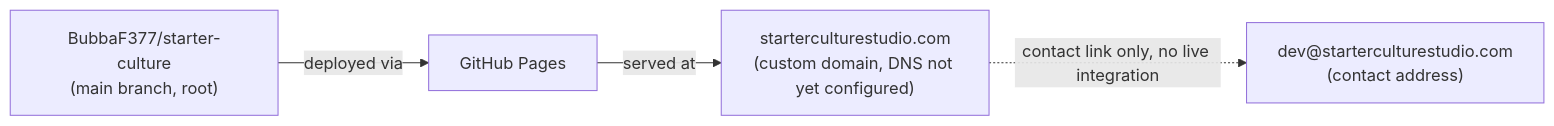
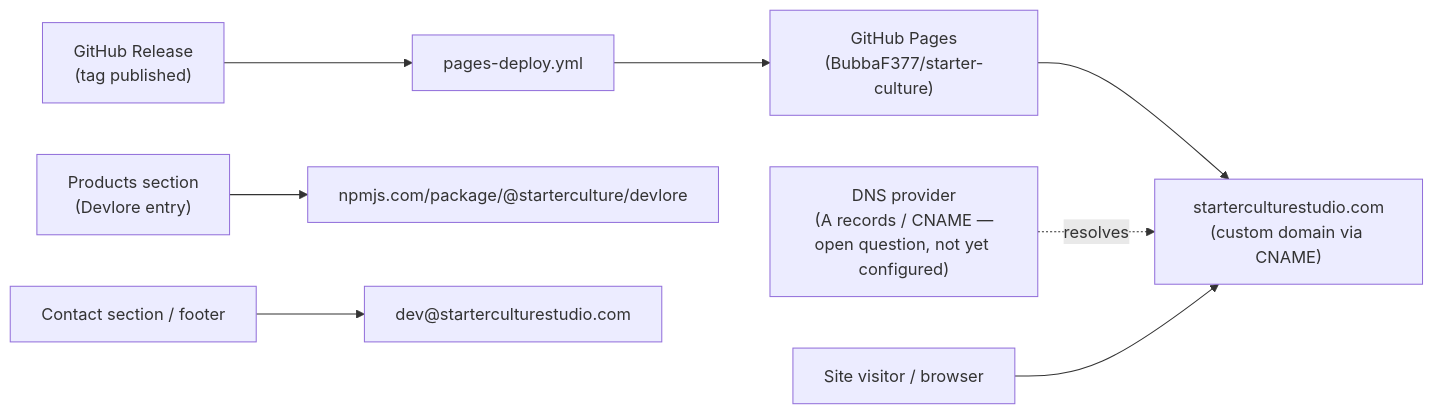
One commit to BubbaF377/starter-culture changed the second of 3 diagrams in docs/VISUALIZER.md. Above: the diagram before and after it, drawn with Mermaid. The commit also changed other lines of this file, not shown here.

Commit message:
Update visualizer (requirements changed): starter-culture

````diff
--- a/docs/VISUALIZER.md
+++ b/docs/VISUALIZER.md
@@ -34,11 +45,12 @@
 ```mermaid
-graph LR
-    Repo["BubbaF377/starter-culture<br/>(main branch, root)"]
-    Pages["GitHub Pages"]
-    Domain["starterculturestudio.com<br/>(custom domain, DNS not yet configured)"]
-    Mail["dev@starterculturestudio.com<br/>(contact address)"]
+flowchart LR
+    Release["GitHub Release\n(tag published)"] --> Workflow["pages-deploy.yml"]
+    Workflow --> Pages["GitHub Pages\n(BubbaF377/starter-culture)"]
+    Pages --> Domain["starterculturestudio.com\n(custom domain via CNAME)"]
+    DNS["DNS provider\n(A records / CNAME —\nopen question, not yet configured)"] -.resolves.-> Domain
 
-    Repo -->|deployed via| Pages
-    Pages -->|served at| Domain
-    Domain -.->|contact link only, no live integration| Mail
+    ProductsSection["Products section\n(Devlore entry)"] --> NPM["npmjs.com/package/@starterculture/devlore"]
+
+    Visitor["Site visitor / browser"] --> Domain
+    ContactSection["Contact section / footer"] --> Email["dev@starterculturestudio.com"]
 ```
````
